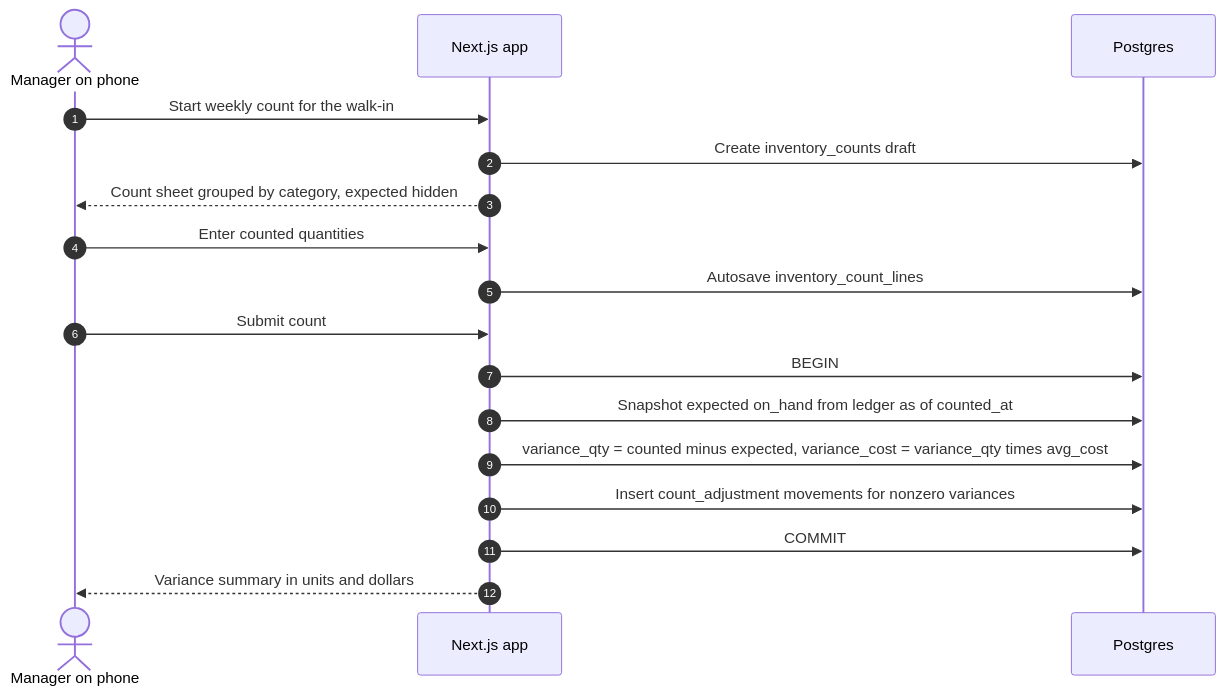
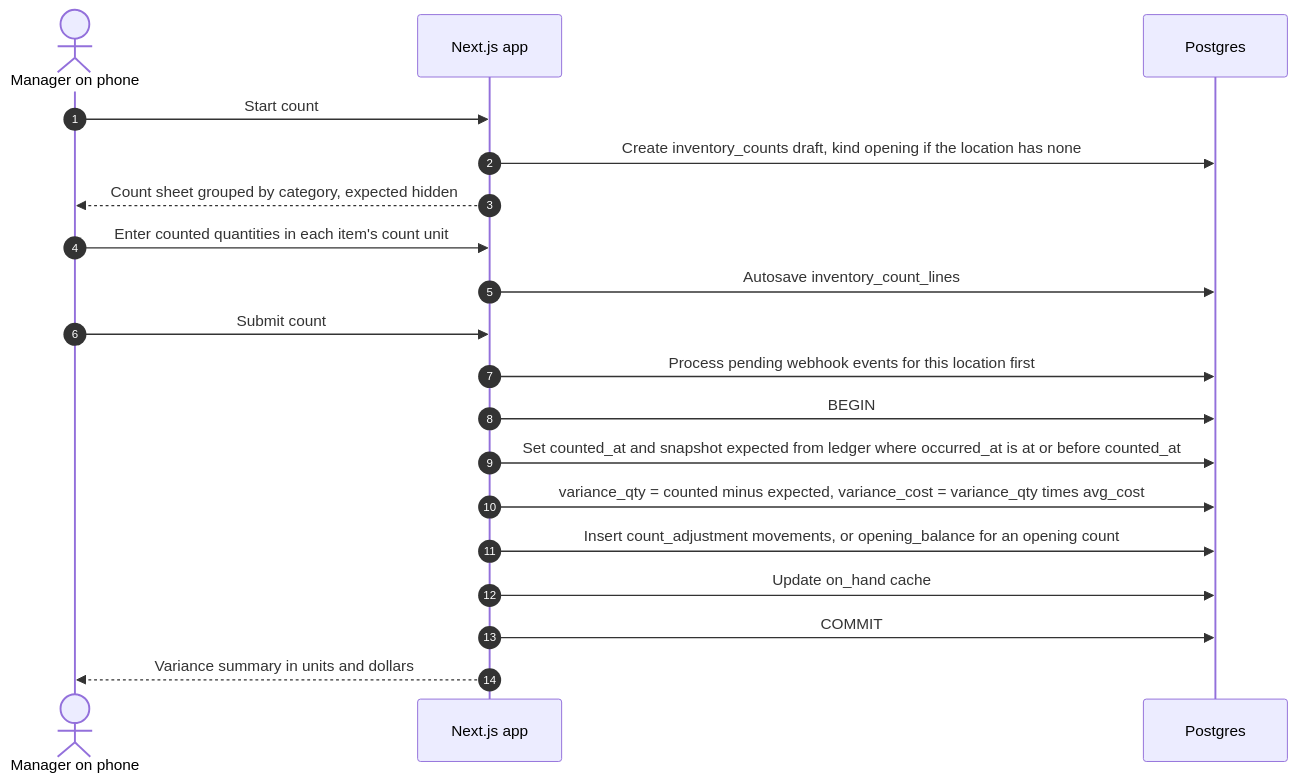
Before and after one commit to trevorwattles/DatabaseProject: the seventh of 8 diagrams in docs/PROPOSAL.md, drawn with Mermaid. The commit also changed other lines of this file and 4 other files, not shown here.

````diff
--- a/docs/PROPOSAL.md
+++ b/docs/PROPOSAL.md
@@ -540,19 +737,21 @@
 ```mermaid
 sequenceDiagram
     autonumber
     actor M as Manager on phone
     participant APP as Next.js app
     participant DB as Postgres
-    M->>APP: Start weekly count for the walk-in
-    APP->>DB: Create inventory_counts draft
+    M->>APP: Start count
+    APP->>DB: Create inventory_counts draft, kind opening if the location has none
     APP-->>M: Count sheet grouped by category, expected hidden
-    M->>APP: Enter counted quantities
+    M->>APP: Enter counted quantities in each item's count unit
     APP->>DB: Autosave inventory_count_lines
     M->>APP: Submit count
+    APP->>DB: Process pending webhook events for this location first
     APP->>DB: BEGIN
-    APP->>DB: Snapshot expected on_hand from ledger as of counted_at
+    APP->>DB: Set counted_at and snapshot expected from ledger where occurred_at is at or before counted_at
     APP->>DB: variance_qty = counted minus expected, variance_cost = variance_qty times avg_cost
-    APP->>DB: Insert count_adjustment movements for nonzero variances
+    APP->>DB: Insert count_adjustment movements, or opening_balance for an opening count
+    APP->>DB: Update on_hand cache
     APP->>DB: COMMIT
     APP-->>M: Variance summary in units and dollars
 ```
````
